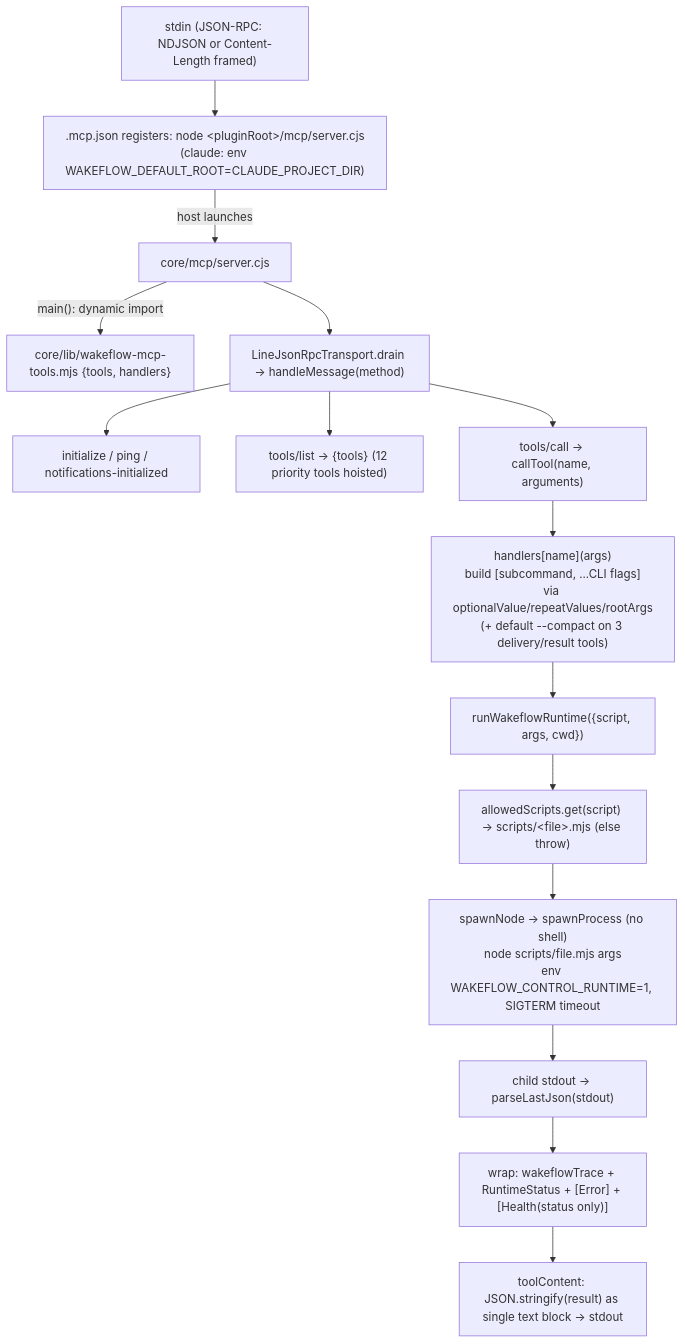
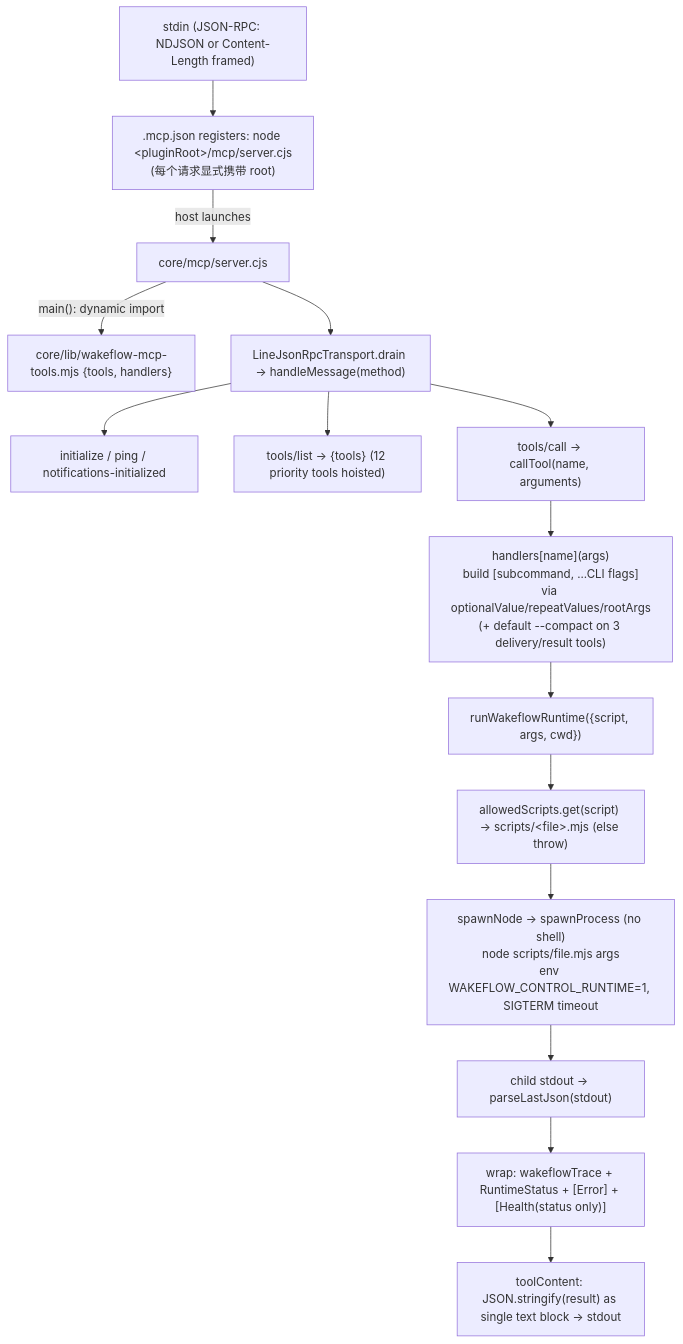
One commit to GxFn/Wakeflow changed the second of 11 diagrams in docs/wakeflow-dual-edition-architecture-and-state-flow.zh-CN.md. Above: the diagram before and after it, drawn with Mermaid. The commit also changed other lines of this file and 8068 other files, not shown here.

````diff
--- a/docs/wakeflow-dual-edition-architecture-and-state-flow.zh-CN.md
+++ b/docs/wakeflow-dual-edition-architecture-and-state-flow.zh-CN.md
@@ -157,19 +166,19 @@
 ```mermaid
 flowchart TB
   STDIN["stdin (JSON-RPC: NDJSON or Content-Length framed)"]
-  REG[".mcp.json registers: node &lt;pluginRoot&gt;/mcp/server.cjs<br/>(claude: env WAKEFLOW_DEFAULT_ROOT=CLAUDE_PROJECT_DIR)"]
+  REG[".mcp.json registers: node &lt;pluginRoot&gt;/mcp/server.cjs<br/>(每个请求显式携带 root)"]
   STDIN --> REG
   REG -->|host launches| SRV["core/mcp/server.cjs"]
   SRV -->|"main(): dynamic import"| TOOLS["core/lib/wakeflow-mcp-tools.mjs {tools, handlers}"]
   SRV --> DRAIN["LineJsonRpcTransport.drain → handleMessage(method)"]
   DRAIN --> INIT["initialize / ping / notifications-initialized"]
   DRAIN --> LIST["tools/list → {tools} (12 priority tools hoisted)"]
   DRAIN --> CALL["tools/call → callTool(name, arguments)"]
   CALL --> H["handlers[name](args)<br/>build [subcommand, ...CLI flags]<br/>via optionalValue/repeatValues/rootArgs<br/>(+ default --compact on 3 delivery/result tools)"]
   H --> RT["runWakeflowRuntime({script, args, cwd})"]
   RT --> ALLOW["allowedScripts.get(script) → scripts/&lt;file&gt;.mjs (else throw)"]
   ALLOW --> SPAWN["spawnNode → spawnProcess (no shell)<br/>node scripts/file.mjs args<br/>env WAKEFLOW_CONTROL_RUNTIME=1, SIGTERM timeout"]
   SPAWN --> PARSE["child stdout → parseLastJson(stdout)"]
   PARSE --> WRAP["wrap: wakeflowTrace + RuntimeStatus + [Error] + [Health(status only)]"]
   WRAP --> OUT["toolContent: JSON.stringify(result) as single text block → stdout"]
 ```
````
